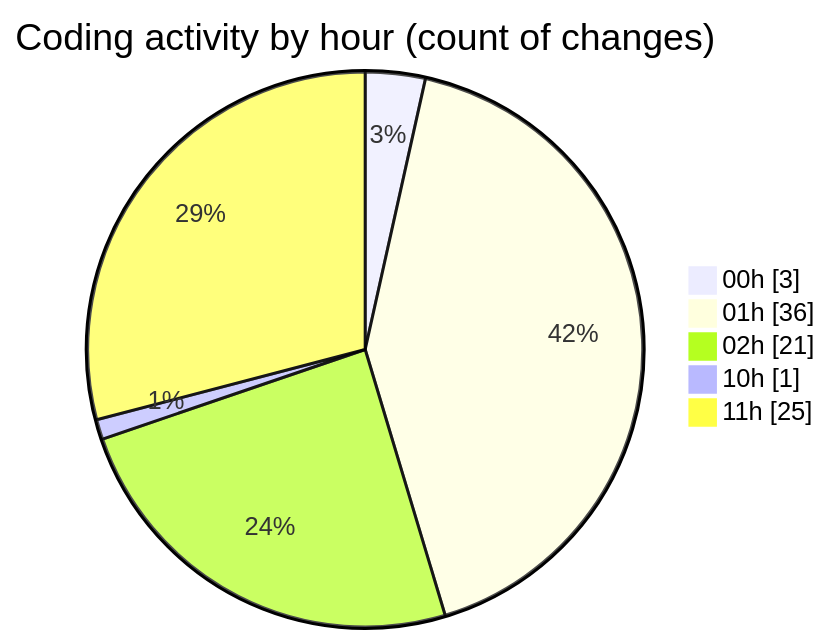
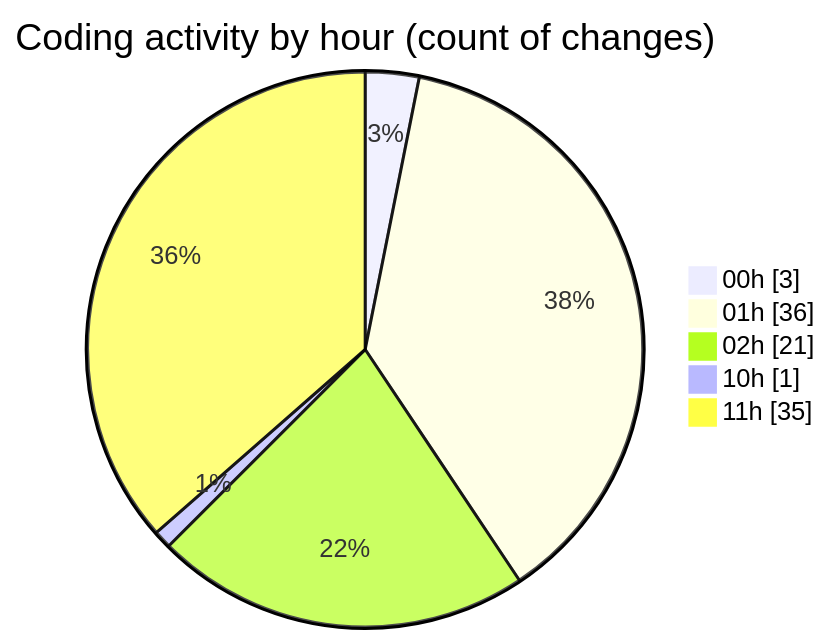
Before and after one commit to lephambinh05/code-tracking: the second of 2 diagrams in 2025-09-05/hiai-phf/README.md, drawn with Mermaid. The commit also changed other lines of this file and 1 other file, not shown here.

````diff
--- a/2025-09-05/hiai-phf/README.md
+++ b/2025-09-05/hiai-phf/README.md
@@ -62,9 +64,9 @@
 ```mermaid
 pie showData
 title Coding activity by hour (count of changes)
 "00h" : 3
 "01h" : 36
 "02h" : 21
 "10h" : 1
-"11h" : 25
+"11h" : 35
 ```
````
